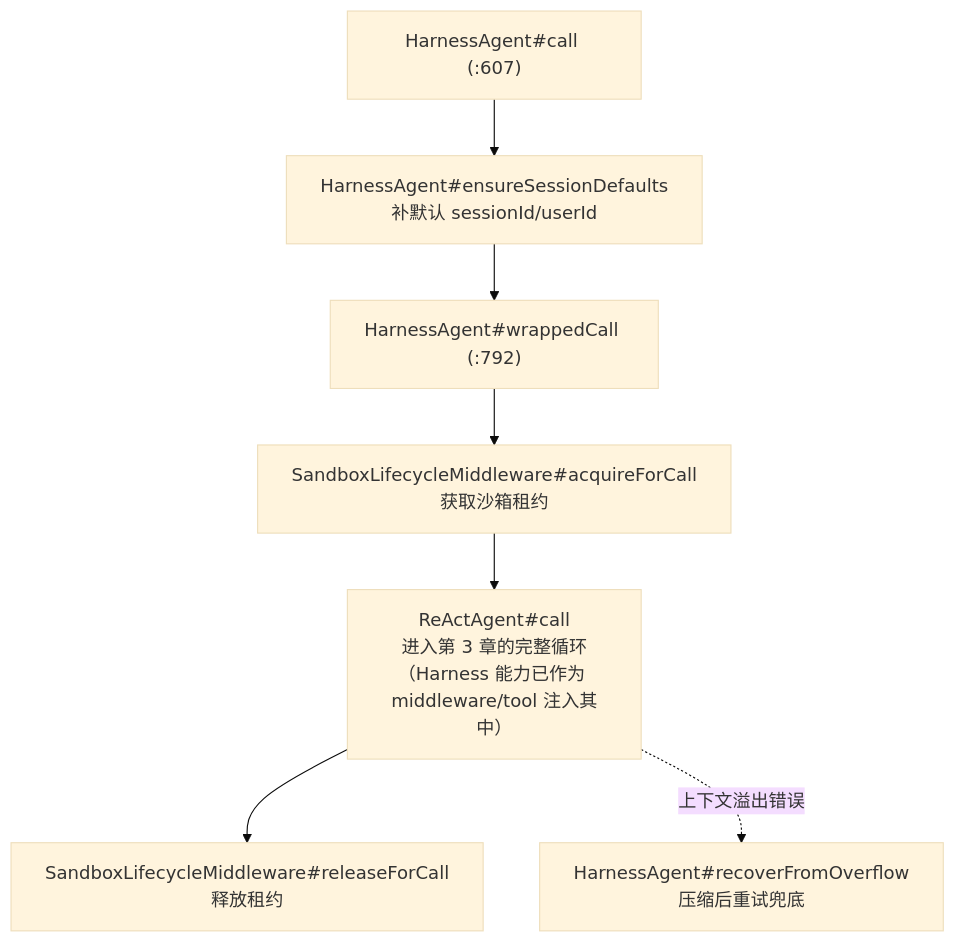
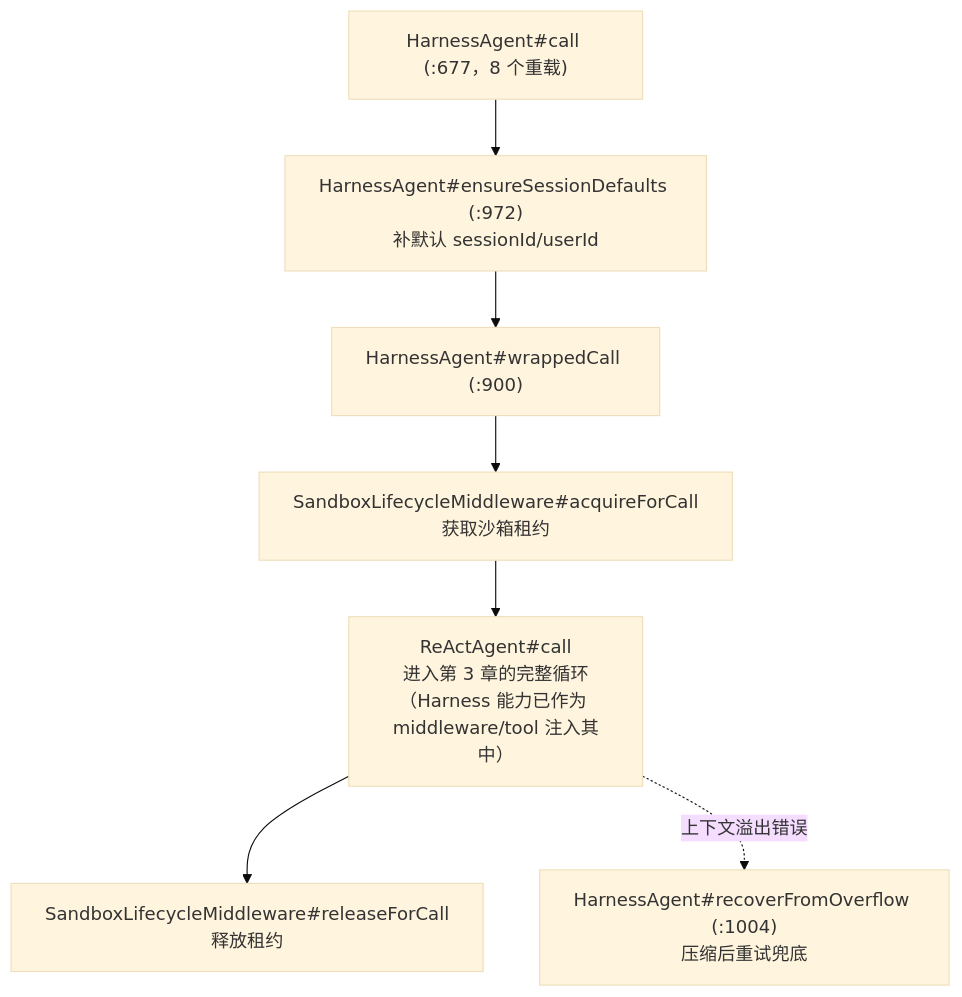
Before and after one commit to liulangjietou/AgentScope-source-analysis: the first of 2 diagrams in 07-Harness工程化外壳.md, drawn with Mermaid (base theme). The commit also changed other lines of this file and 10 other files, not shown here.

````diff
--- a/07-Harness工程化外壳.md
+++ b/07-Harness工程化外壳.md
@@ -10,9 +10,9 @@
 ```mermaid
 flowchart TB
-    HC["HarnessAgent#call (:607)"] --> ESD["HarnessAgent#ensureSessionDefaults<br/>补默认 sessionId/userId"]
-    ESD --> WC["HarnessAgent#wrappedCall (:792)"]
+    HC["HarnessAgent#call (:677，8 个重载)"] --> ESD["HarnessAgent#ensureSessionDefaults (:972)<br/>补默认 sessionId/userId"]
+    ESD --> WC["HarnessAgent#wrappedCall (:900)"]
     WC --> ACQ["SandboxLifecycleMiddleware#acquireForCall<br/>获取沙箱租约"]
     ACQ --> DEL["ReActAgent#call<br/>进入第 3 章的完整循环<br/>（Harness 能力已作为 middleware/tool 注入其中）"]
     DEL --> REL["SandboxLifecycleMiddleware#releaseForCall<br/>释放租约"]
-    DEL -.->|"上下文溢出错误"| REC["HarnessAgent#recoverFromOverflow<br/>压缩后重试兜底"]
+    DEL -.->|"上下文溢出错误"| REC["HarnessAgent#recoverFromOverflow (:1004)<br/>压缩后重试兜底"]
 ```
````
